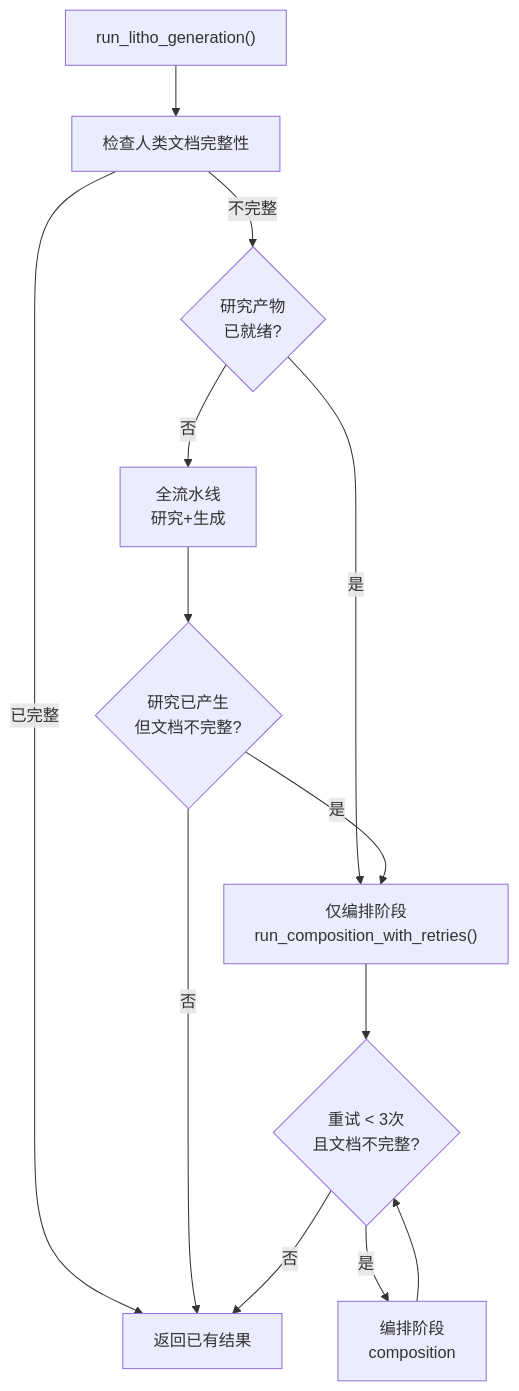
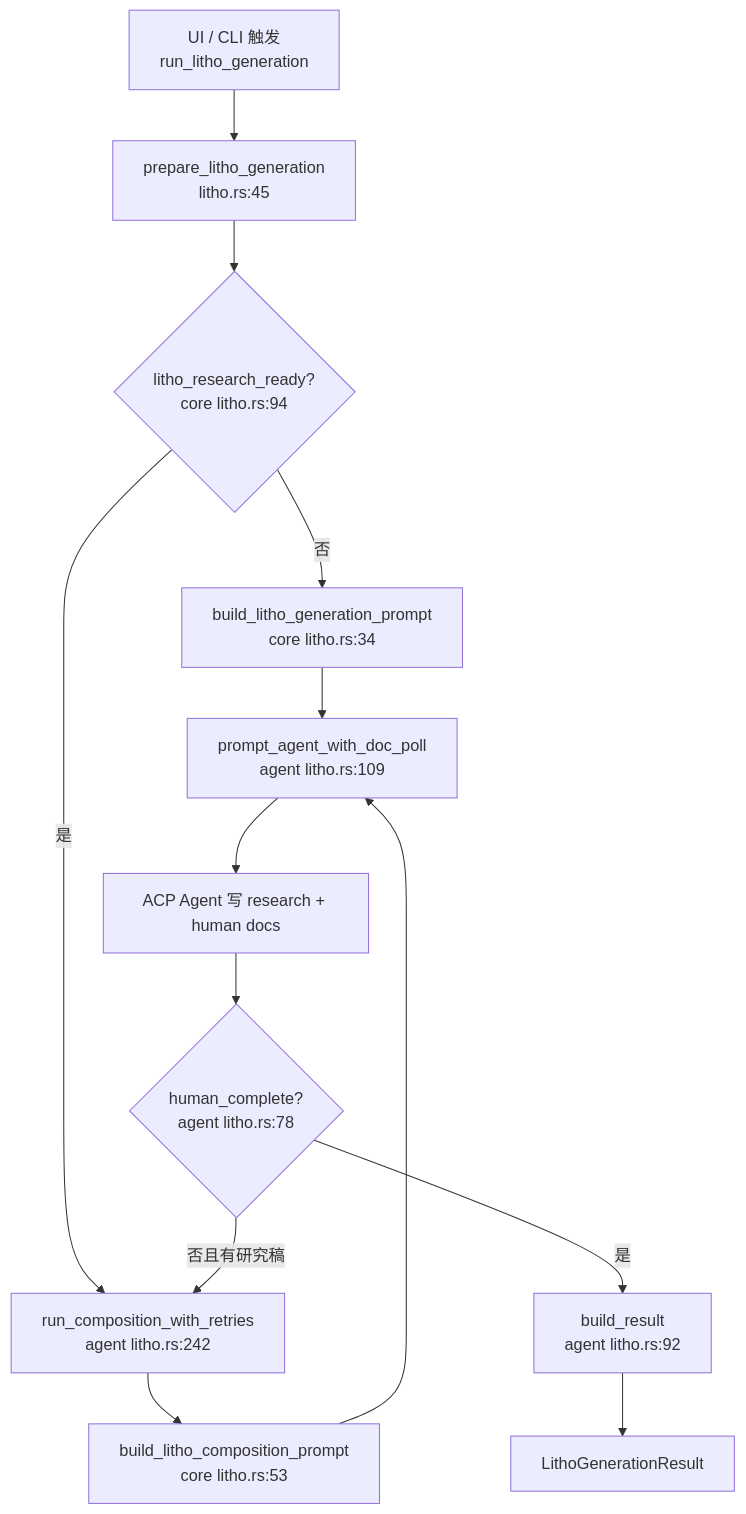
One commit to sopaco/terrain changed the diagram in .terrain/human/4.Deep-Exploration/Litho文档生成.md. Above: the diagram before and after it, drawn with Mermaid. The commit also changed other lines of this file and 27 other files, not shown here.

````diff
--- a/.terrain/human/4.Deep-Exploration/Litho文档生成.md
+++ b/.terrain/human/4.Deep-Exploration/Litho文档生成.md
@@ -45,15 +49,15 @@
 ```mermaid
 flowchart TD
-    A["run_litho_generation()"] --> B["检查人类文档完整性"]
-    B -->|已完整| C["返回已有结果"]
-    B -->|不完整| D{"研究产物<br/>已就绪?"}
-    D -->|是| E["仅编排阶段<br/>run_composition_with_retries()"]
-    D -->|否| F["全流水线<br/>研究+生成"]
-    F --> G{"研究已产生<br/>但文档不完整?"}
-    G -->|是| E
-    G -->|否| C
-    E --> H{"重试 < 3次<br/>且文档不完整?"}
-    H -->|是| I["编排阶段<br/>composition"]
-    I --> H
-    H -->|否| C
+    A["UI / CLI 触发<br/>run_litho_generation"] --> B["prepare_litho_generation<br/>litho.rs:45"]
+    B --> C{"litho_research_ready?<br/>core litho.rs:94"}
+    C -->|否| D["build_litho_generation_prompt<br/>core litho.rs:34"]
+    C -->|是| E["run_composition_with_retries<br/>agent litho.rs:242"]
+    D --> F["prompt_agent_with_doc_poll<br/>agent litho.rs:109"]
+    F --> G["ACP Agent 写 research + human docs"]
+    G --> H{"human_complete?<br/>agent litho.rs:78"}
+    H -->|否且有研究稿| E
+    H -->|是| I["build_result<br/>agent litho.rs:92"]
+    E --> J["build_litho_composition_prompt<br/>core litho.rs:53"]
+    J --> F
+    I --> K["LithoGenerationResult"]
 ```
````
